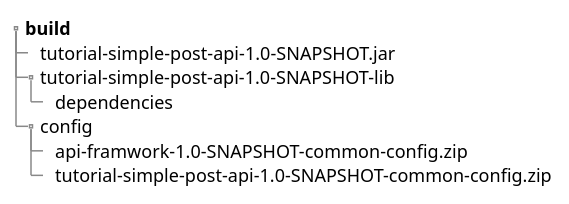
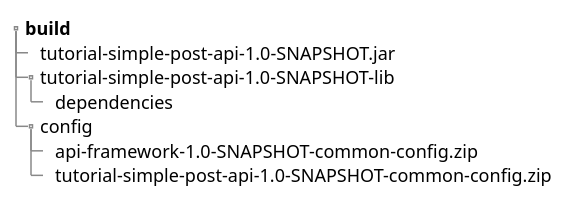
One commit to vinscom/api-framework-start changed the diagram in tutorial-simple-post-api/docs/tutorial-simple-post-api.adoc. Above: the diagram before and after it, drawn with PlantUML. The commit also changed other lines of this file and 16 other files, not shown here.

```diff
--- a/tutorial-simple-post-api/docs/tutorial-simple-post-api.adoc
+++ b/tutorial-simple-post-api/docs/tutorial-simple-post-api.adoc
@@ -102,16 +102,16 @@
 [plantuml,uml/build-folder-structure, png]
 ....
 @startsalt
 {
 {T
  + **build**
  ++ tutorial-simple-post-api-1.0-SNAPSHOT.jar
  ++ tutorial-simple-post-api-1.0-SNAPSHOT-lib
  +++ dependencies
  ++ config
- +++ api-framwork-1.0-SNAPSHOT-common-config.zip
+ +++ api-framework-1.0-SNAPSHOT-common-config.zip
  +++ tutorial-simple-post-api-1.0-SNAPSHOT-common-config.zip
 }
 }
 @endsalt
 ....
```
